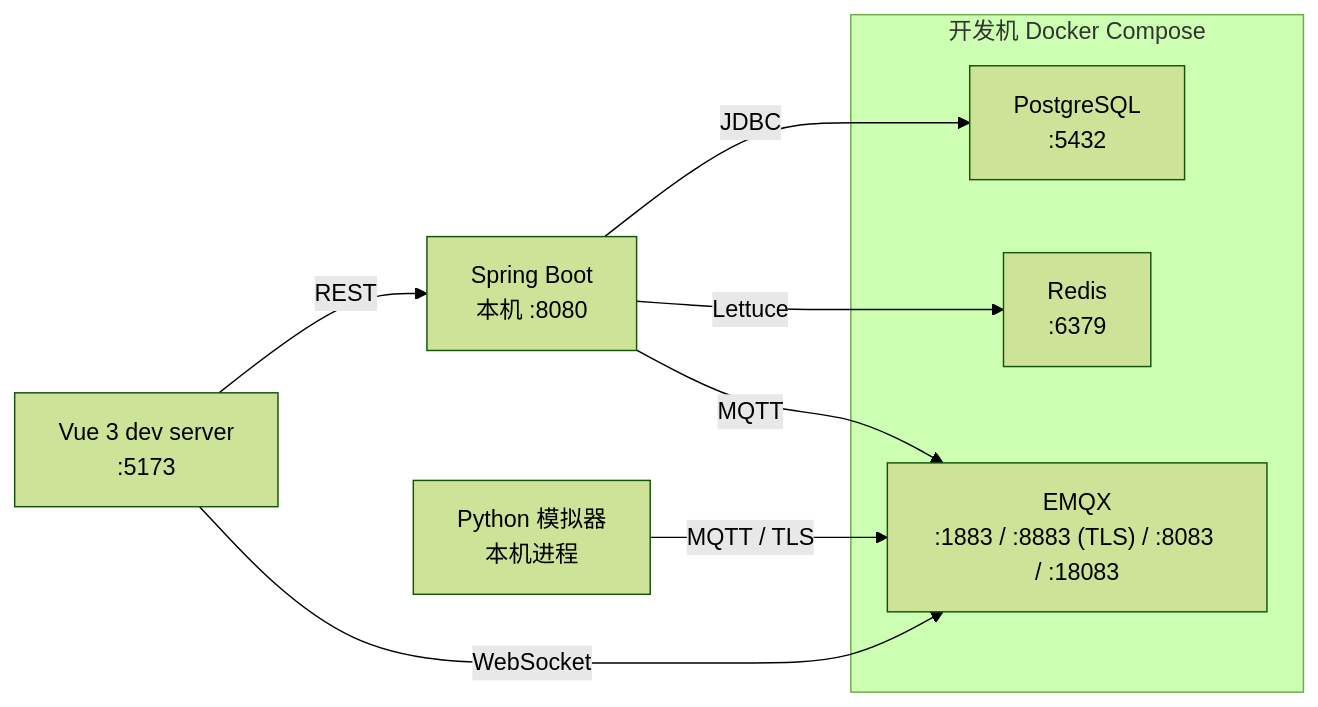
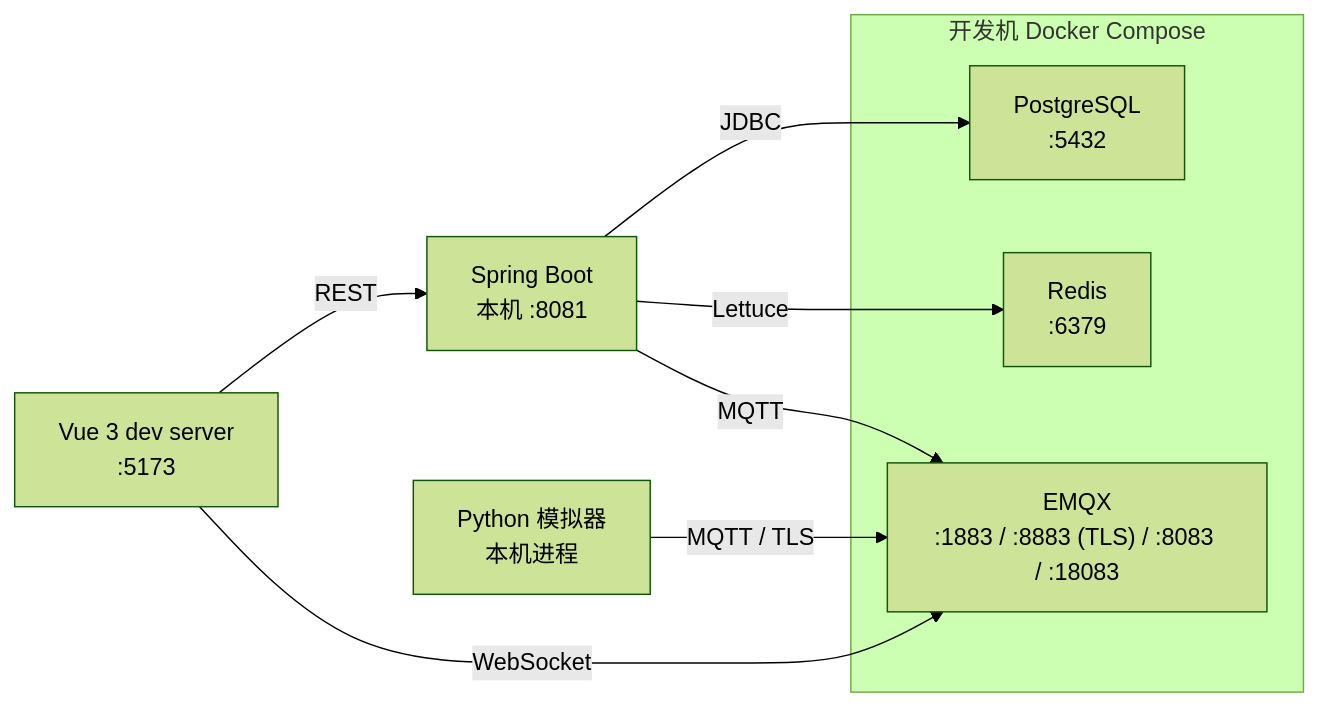
One commit to wuzhudexiaopacai/coherer changed diagram 14 of 15 in docs/design.md. Above: the diagram before and after it, drawn with Mermaid (forest theme). The commit also changed other lines of this file and 21 other files, not shown here.

````diff
--- a/docs/design.md
+++ b/docs/design.md
@@ -655,19 +655,19 @@
 ```mermaid
 flowchart LR
     subgraph HOST["开发机 Docker Compose"]
         EMQX["EMQX<br/>:1883 / :8883 (TLS) / :8083 / :18083"]
         PG["PostgreSQL<br/>:5432"]
         R["Redis<br/>:6379"]
     end
 
-    BE["Spring Boot<br/>本机 :8080"]
+    BE["Spring Boot<br/>本机 :8081"]
     SIM["Python 模拟器<br/>本机进程"]
     WEB["Vue 3 dev server<br/>:5173"]
 
     SIM -->|"MQTT / TLS"| EMQX
     BE -->|"JDBC"| PG
     BE -->|"Lettuce"| R
     BE -->|"MQTT"| EMQX
     WEB -->|"REST"| BE
     WEB -->|"WebSocket"| EMQX
 ```
````
